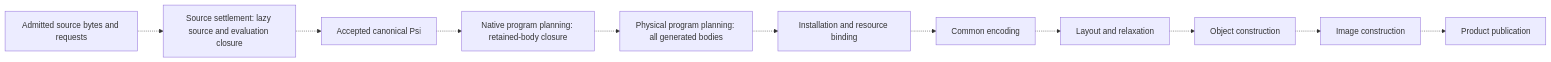
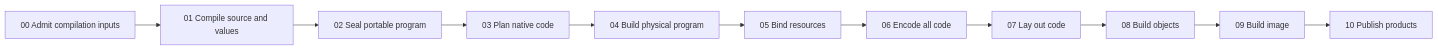
The first of 3 diagrams in atlas/plans/foundation-and-backend.md (CathedralOS/Omega), drawn with Mermaid before and after one commit. The commit also changed other lines of this file and 2 other files, not shown here.

````diff
--- a/atlas/plans/foundation-and-backend.md
+++ b/atlas/plans/foundation-and-backend.md
@@ -134,24 +135,13 @@
 ```mermaid
 flowchart LR
-  A[Admitted source bytes and requests]
-  B[Source settlement: lazy source and evaluation closure]
-  C[Accepted canonical Psi]
-  D[Native program planning: retained-body closure]
-  E[Physical program planning: all generated bodies]
-  F[Installation and resource binding]
-  G[Common encoding]
-  H[Layout and relaxation]
-  I[Object construction]
-  J[Image construction]
-  K[Product publication]
-  A -.-> B
-  B -.-> C
-  C -.-> D
-  D -.-> E
-  E -.-> F
-  F -.-> G
-  G -.-> H
-  H -.-> I
-  I -.-> J
-  J -.-> K
+  A[00 Admit compilation inputs] --> B[01 Compile source and values]
+  B --> C[02 Seal portable program]
+  C --> D[03 Plan native code]
+  D --> E[04 Build physical program]
+  E --> F[05 Bind resources]
+  F --> G[06 Encode all code]
+  G --> H[07 Lay out code]
+  H --> I[08 Build objects]
+  I --> J[09 Build image]
+  J --> K[10 Publish products]
 ```
````
